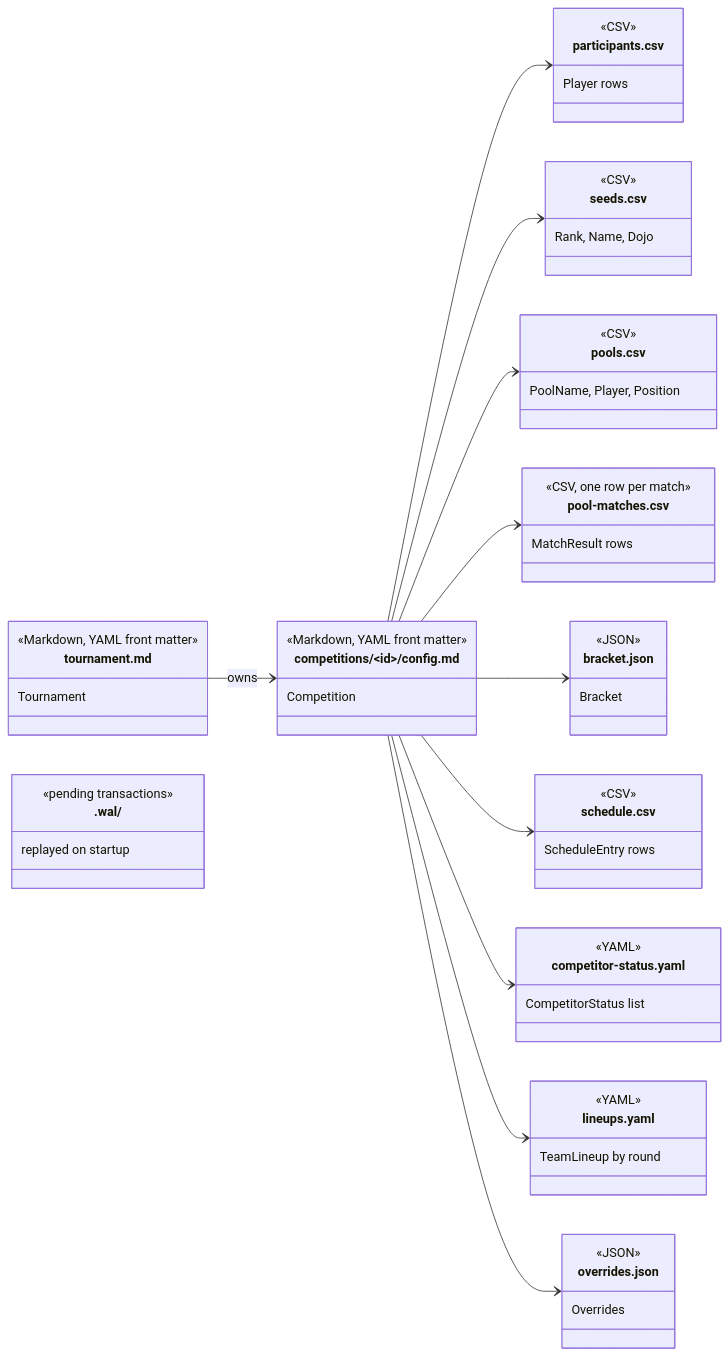
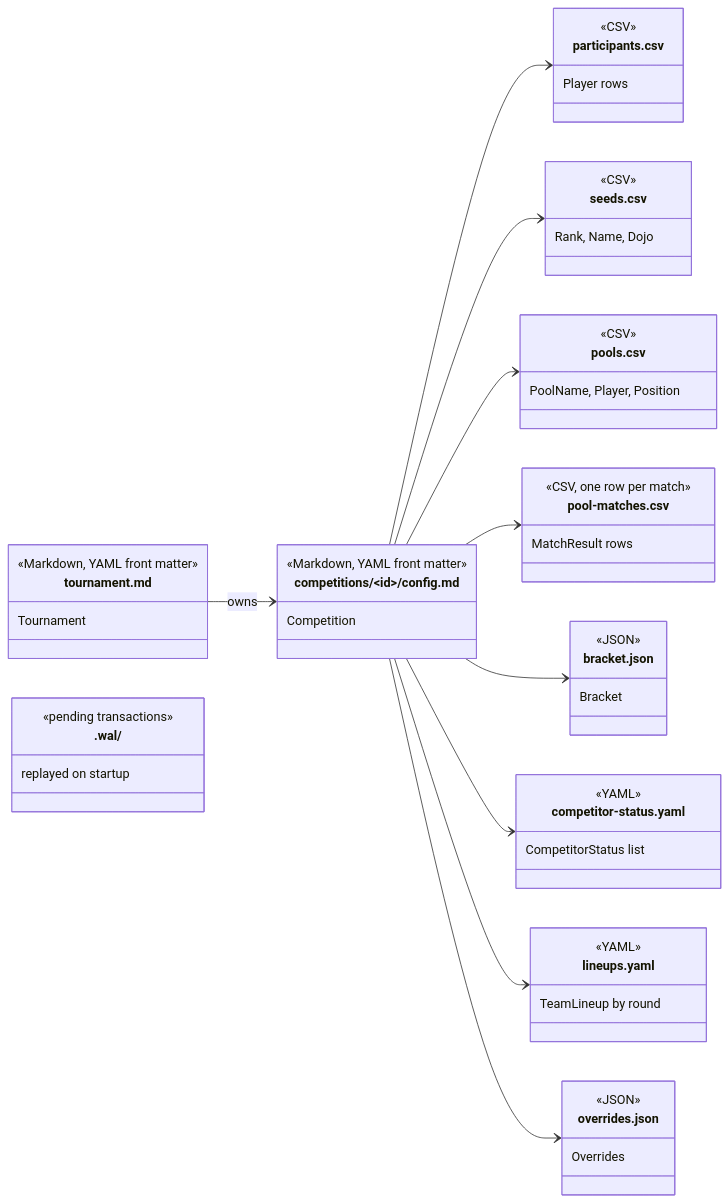
The third of 4 diagrams in docs/architecture/data-model.md (gitrgoliveira/bracket-creator), drawn with Mermaid before and after one commit. The commit also changed other lines of this file and 23 other files, not shown here.

````diff
--- a/docs/architecture/data-model.md
+++ b/docs/architecture/data-model.md
@@ -246,64 +246,59 @@
 ```mermaid
 classDiagram
     direction LR
 
     class tournament_md["tournament.md"] {
         <<Markdown, YAML front matter>>
         Tournament
     }
     class config_md["competitions/&lt;id&gt;/config.md"] {
         <<Markdown, YAML front matter>>
         Competition
     }
     class participants_csv["participants.csv"] {
         <<CSV>>
         Player rows
     }
     class seeds_csv["seeds.csv"] {
         <<CSV>>
         Rank, Name, Dojo
     }
     class pools_csv["pools.csv"] {
         <<CSV>>
         PoolName, Player, Position
     }
     class pool_matches_csv["pool-matches.csv"] {
         <<CSV, one row per match>>
         MatchResult rows
     }
     class bracket_json["bracket.json"] {
         <<JSON>>
         Bracket
     }
-    class schedule_csv["schedule.csv"] {
-        <<CSV>>
-        ScheduleEntry rows
-    }
     class status_yaml["competitor-status.yaml"] {
         <<YAML>>
         CompetitorStatus list
     }
     class lineups_yaml["lineups.yaml"] {
         <<YAML>>
         TeamLineup by round
     }
     class overrides_json["overrides.json"] {
         <<JSON>>
         Overrides
     }
     class wal[".wal/"] {
         <<pending transactions>>
         replayed on startup
     }
 
     tournament_md --> config_md : owns
     config_md --> participants_csv
     config_md --> seeds_csv
     config_md --> pools_csv
     config_md --> pool_matches_csv
     config_md --> bracket_json
-    config_md --> schedule_csv
     config_md --> status_yaml
     config_md --> lineups_yaml
     config_md --> overrides_json
 ```
````
